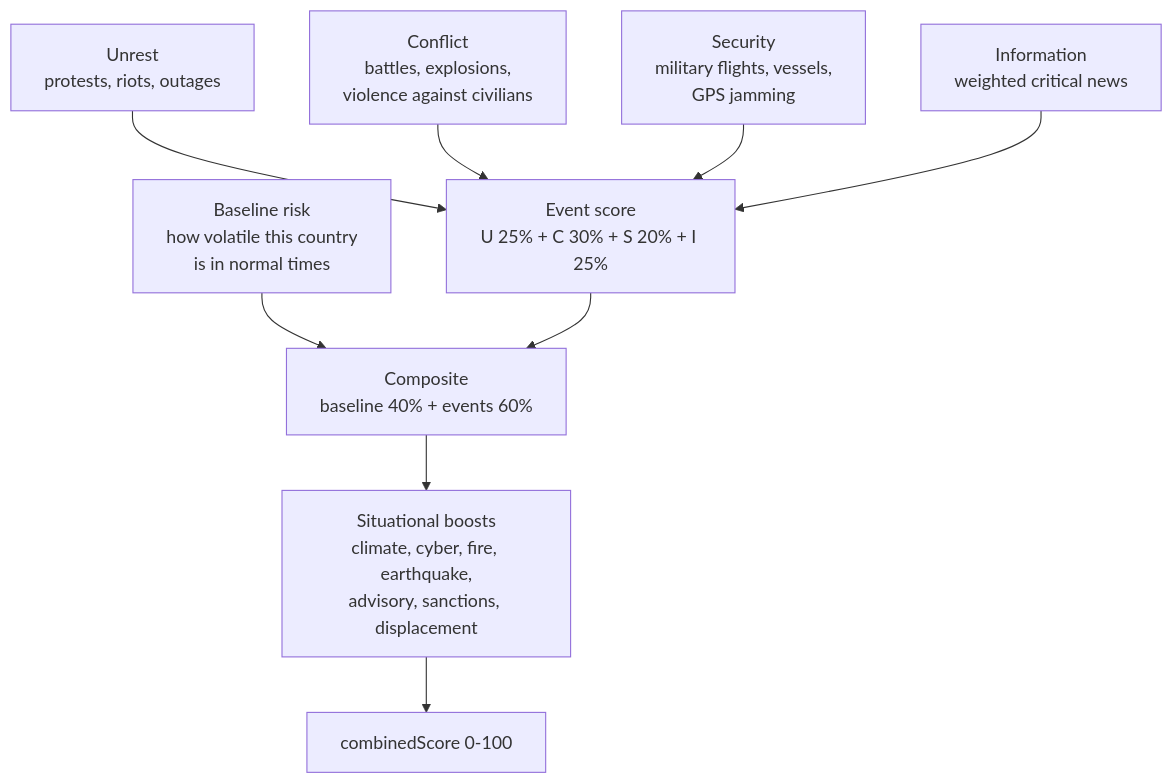
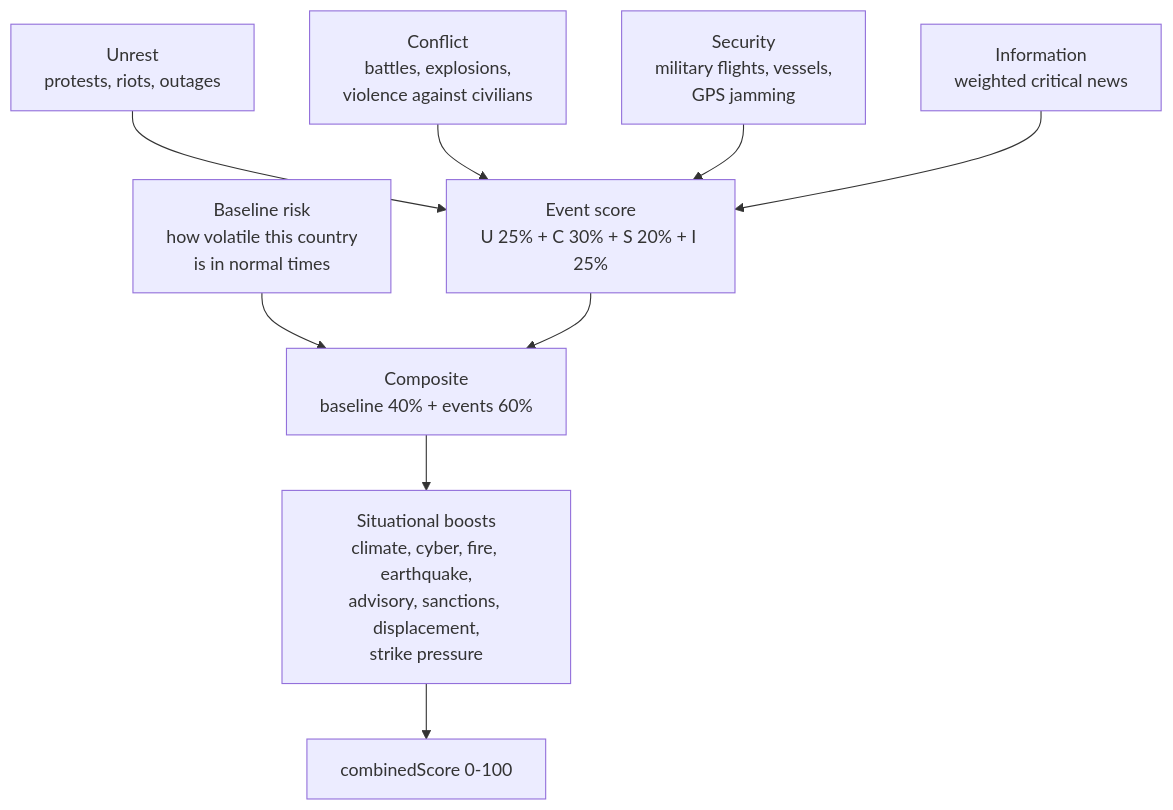
Before and after one commit to ma67-ex/world-monitor: the diagram in docs/methodology/cii-risk-scores.mdx, drawn with Mermaid. The commit also changed other lines of this file and 75 other files, not shown here.

First line of the commit message:
feat(cii): a country under attack keeps rising and recovers once strikes stop, worldwide (CII v12 strike pressure) (#9436)

````diff
--- a/docs/methodology/cii-risk-scores.mdx
+++ b/docs/methodology/cii-risk-scores.mdx
@@ -42,11 +42,11 @@
 ```mermaid
 flowchart TD
   U["Unrest<br/>protests, riots, outages"] --> E["Event score<br/>U 25% + C 30% + S 20% + I 25%"]
   C["Conflict<br/>battles, explosions,<br/>violence against civilians"] --> E
   S["Security<br/>military flights, vessels,<br/>GPS jamming"] --> E
   I["Information<br/>weighted critical news"] --> E
   B["Baseline risk<br/>how volatile this country<br/>is in normal times"] --> M["Composite<br/>baseline 40% + events 60%"]
   E --> M
-  M --> X["Situational boosts<br/>climate, cyber, fire, earthquake,<br/>advisory, sanctions, displacement"]
+  M --> X["Situational boosts<br/>climate, cyber, fire, earthquake,<br/>advisory, sanctions, displacement,<br/>strike pressure"]
   X --> R["combinedScore 0-100"]
 ```
````
